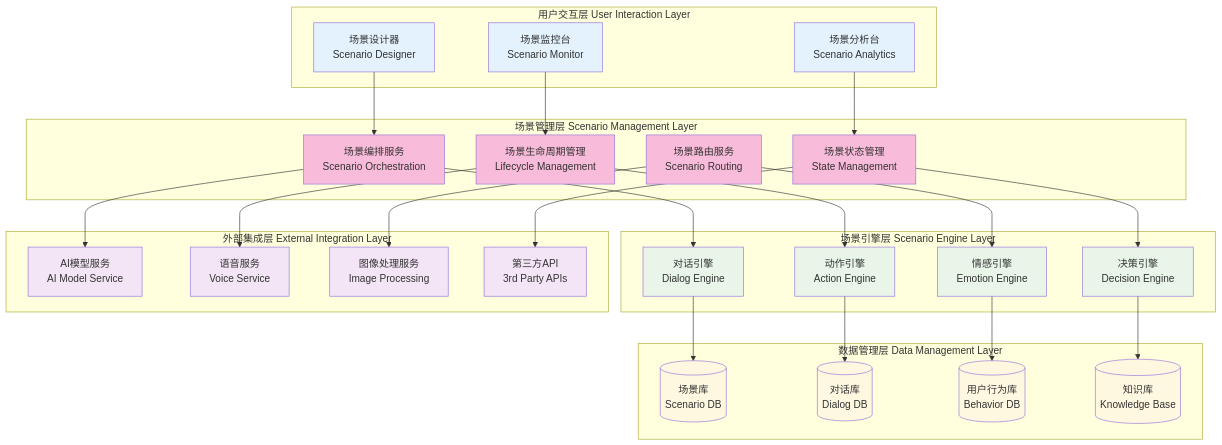
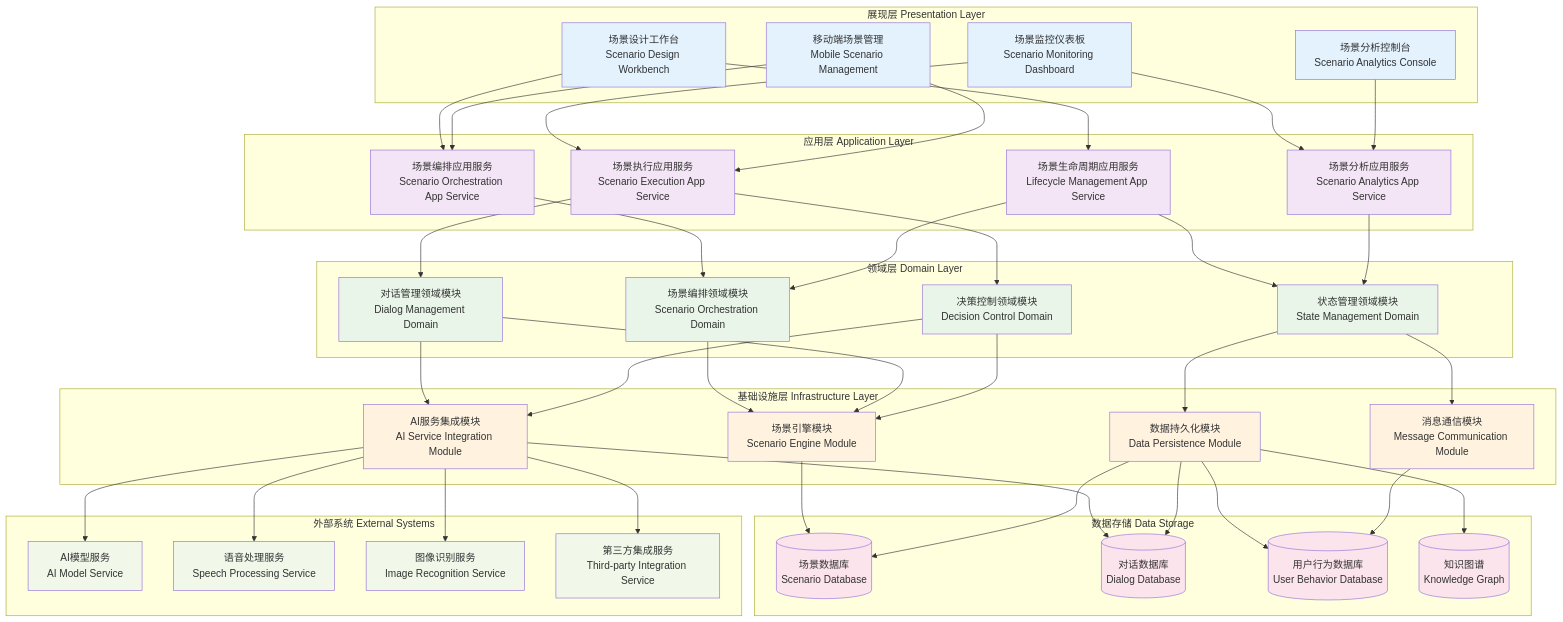
The diagram in 24.2.2_scenario_management_architecture.md (xsl625/-), drawn with Mermaid before and after one commit. The commit also changed other lines of this file and 3 other files, not shown here.

````diff
--- a/24.2.2_scenario_management_architecture.md
+++ b/24.2.2_scenario_management_architecture.md
@@ -8,75 +8,111 @@
 ```mermaid
 graph TB
-    subgraph "用户交互层 User Interaction Layer"
-        A[场景设计器<br/>Scenario Designer]
-        B[场景监控台<br/>Scenario Monitor]
-        C[场景分析台<br/>Scenario Analytics]
+    subgraph "展现层 Presentation Layer"
+        A[场景设计工作台<br/>Scenario Design Workbench]
+        B[场景监控仪表板<br/>Scenario Monitoring Dashboard]
+        C[场景分析控制台<br/>Scenario Analytics Console]
+        D[移动端场景管理<br/>Mobile Scenario Management]
     end
     
-    subgraph "场景管理层 Scenario Management Layer"
-        D[场景编排服务<br/>Scenario Orchestration]
-        E[场景生命周期管理<br/>Lifecycle Management]
-        F[场景路由服务<br/>Scenario Routing]
-        G[场景状态管理<br/>State Management]
+    subgraph "应用层 Application Layer"
+        E[场景编排应用服务<br/>Scenario Orchestration App Service]
+        F[场景生命周期应用服务<br/>Lifecycle Management App Service]
+        G[场景执行应用服务<br/>Scenario Execution App Service]
+        H[场景分析应用服务<br/>Scenario Analytics App Service]
     end
     
-    subgraph "场景引擎层 Scenario Engine Layer"
-        H[对话引擎<br/>Dialog Engine]
-        I[动作引擎<br/>Action Engine]
-        J[情感引擎<br/>Emotion Engine]
-        K[决策引擎<br/>Decision Engine]
+    subgraph "领域层 Domain Layer"
+        I[场景编排领域模块<br/>Scenario Orchestration Domain]
+        J[对话管理领域模块<br/>Dialog Management Domain]
+        K[决策控制领域模块<br/>Decision Control Domain]
+        L[状态管理领域模块<br/>State Management Domain]
     end
     
-    subgraph "数据管理层 Data Management Layer"
-        L[(场景库<br/>Scenario DB)]
-        M[(对话库<br/>Dialog DB)]
-        N[(用户行为库<br/>Behavior DB)]
-        O[(知识库<br/>Knowledge Base)]
+    subgraph "基础设施层 Infrastructure Layer"
+        M[场景引擎模块<br/>Scenario Engine Module]
+        N[AI服务集成模块<br/>AI Service Integration Module]
+        O[数据持久化模块<br/>Data Persistence Module]
+        P[消息通信模块<br/>Message Communication Module]
     end
     
-    subgraph "外部集成层 External Integration Layer"
-        P[AI模型服务<br/>AI Model Service]
-        Q[语音服务<br/>Voice Service]
-        R[图像处理服务<br/>Image Processing]
-        S[第三方API<br/>3rd Party APIs]
+    subgraph "数据存储 Data Storage"
+        Q[(场景数据库<br/>Scenario Database)]
+        R[(对话数据库<br/>Dialog Database)]
+        S[(用户行为数据库<br/>User Behavior Database)]
+        T[(知识图谱<br/>Knowledge Graph)]
     end
     
-    A --> D
-    B --> E
-    C --> G
+    subgraph "外部系统 External Systems"
+        U[AI模型服务<br/>AI Model Service]
+        V[语音处理服务<br/>Speech Processing Service]
+        W[图像识别服务<br/>Image Recognition Service]
+        X[第三方集成服务<br/>Third-party Integration Service]
+    end
     
-    D --> H
+    %% 展现层到应用层
+    A --> E
+    A --> F
+    B --> G
+    B --> H
+    C --> H
+    D --> E
+    D --> G
+    
+    %% 应用层到领域层
     E --> I
-    F --> J
+    F --> I
+    F --> L
+    G --> J
     G --> K
+    H --> L
     
-    H --> L
+    %% 领域层到基础设施层
     I --> M
+    J --> M
     J --> N
-    K --> O
+    K --> M
+    K --> N
+    L --> O
+    L --> P
     
-    D --> P
-    E --> Q
-    F --> R
-    G --> S
+    %% 基础设施层到数据存储
+    M --> Q
+    N --> R
+    O --> Q
+    O --> R
+    O --> S
+    O --> T
+    P --> S
     
-    style A fill:#e3f2fd
-    style B fill:#e3f2fd
-    style C fill:#e3f2fd
-    style D fill:#f8bbd9
-    style E fill:#f8bbd9
-    style F fill:#f8bbd9
-    style G fill:#f8bbd9
-    style H fill:#e8f5e8
-    style I fill:#e8f5e8
-    style J fill:#e8f5e8
-    style K fill:#e8f5e8
-    style L fill:#fff8e1
-    style M fill:#fff8e1
-    style N fill:#fff8e1
-    style O fill:#fff8e1
-    style P fill:#f3e5f5
-    style Q fill:#f3e5f5
-    style R fill:#f3e5f5
-    style S fill:#f3e5f5
+    %% 基础设施层到外部系统
+    N --> U
+    N --> V
+    N --> W
+    N --> X
+    
+    %% 样式定义
+    style A fill:#E3F2FD
+    style B fill:#E3F2FD
+    style C fill:#E3F2FD
+    style D fill:#E3F2FD
+    style E fill:#F3E5F5
+    style F fill:#F3E5F5
+    style G fill:#F3E5F5
+    style H fill:#F3E5F5
+    style I fill:#E8F5E8
+    style J fill:#E8F5E8
+    style K fill:#E8F5E8
+    style L fill:#E8F5E8
+    style M fill:#FFF3E0
+    style N fill:#FFF3E0
+    style O fill:#FFF3E0
+    style P fill:#FFF3E0
+    style Q fill:#FCE4EC
+    style R fill:#FCE4EC
+    style S fill:#FCE4EC
+    style T fill:#FCE4EC
+    style U fill:#F1F8E9
+    style V fill:#F1F8E9
+    style W fill:#F1F8E9
+    style X fill:#F1F8E9
 ```
````
